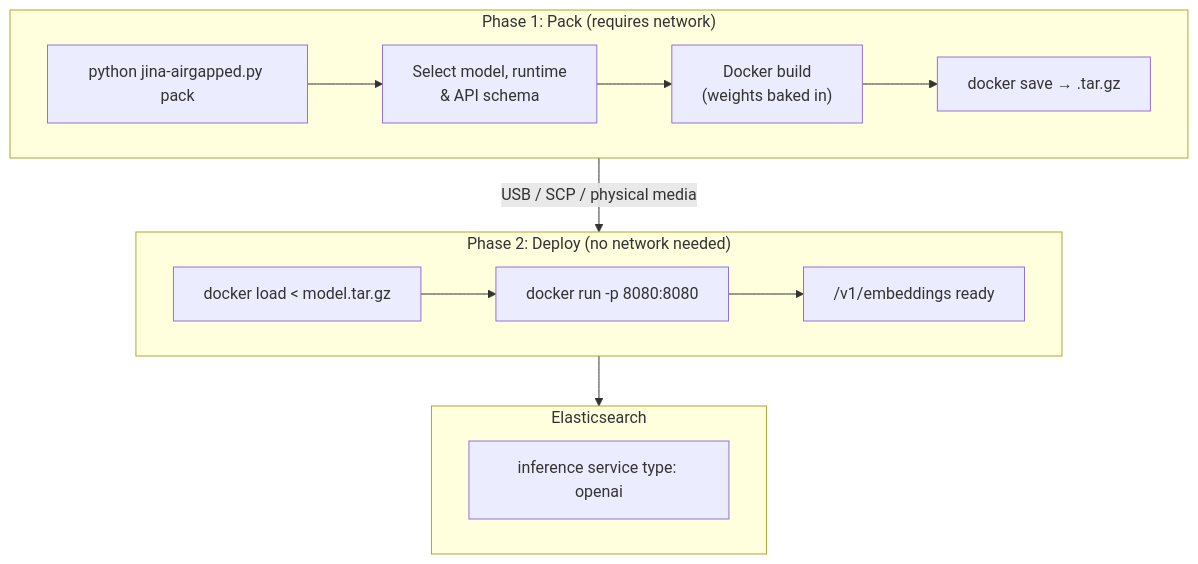
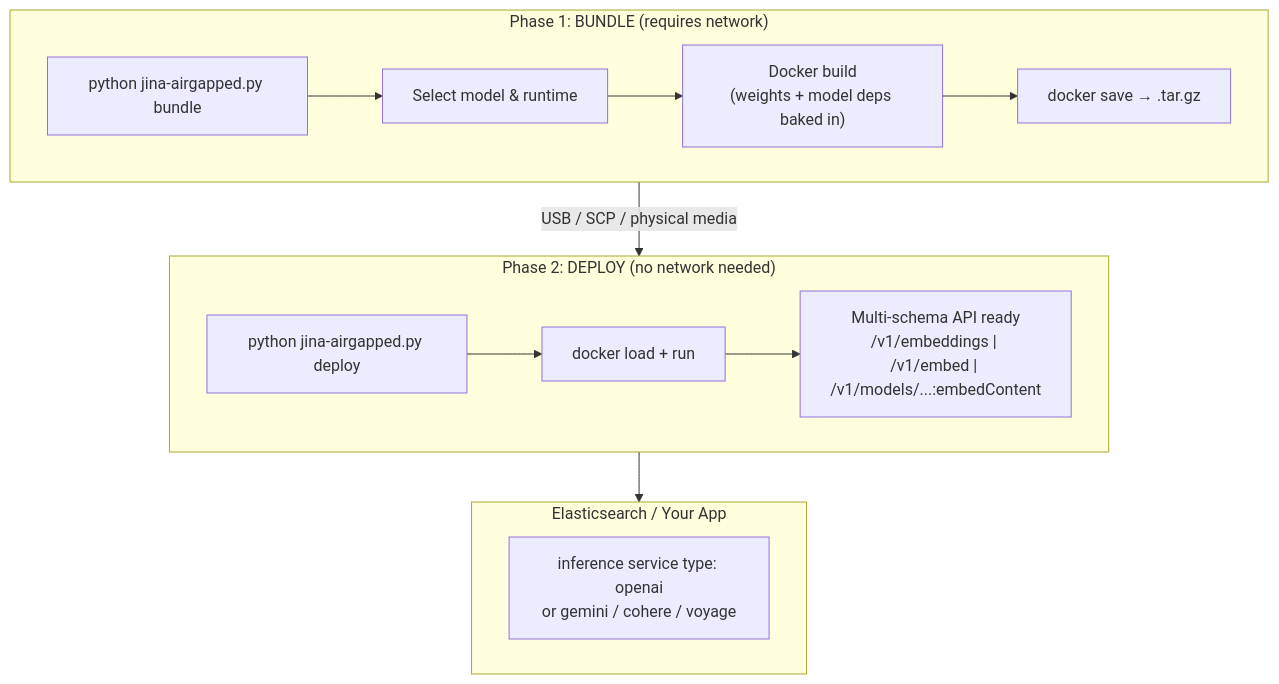
The diagram in README.md (jina-ai/jina-on-prem), drawn with Mermaid before and after one commit. The commit also changed other lines of this file and 4 other files, not shown here.

First line of the commit message:
major: 28-model catalog, multi-schema API, bundle/deploy commands, per-model deps

````diff
--- a/README.md
+++ b/README.md
@@ -5,21 +5,21 @@
 ```mermaid
 flowchart TB
-    subgraph Connected["Phase 1: Pack (requires network)"]
-        A["python jina-airgapped.py pack"] --> B["Select model, runtime\n& API schema"]
-        B --> C["Docker build\n(weights baked in)"]
+    subgraph Phase1["Phase 1: BUNDLE (requires network)"]
+        A["python jina-airgapped.py bundle"] --> B["Select model & runtime"]
+        B --> C["Docker build\n(weights + model deps baked in)"]
         C --> D["docker save → .tar.gz"]
     end
 
-    Connected -->|"USB / SCP / physical media"| AirGapped
+    Phase1 -->|"USB / SCP / physical media"| Phase2
 
-    subgraph AirGapped["Phase 2: Deploy (no network needed)"]
-        E["docker load < model.tar.gz"] --> F["docker run -p 8080:8080"]
-        F --> G["/v1/embeddings ready"]
+    subgraph Phase2["Phase 2: DEPLOY (no network needed)"]
+        E["python jina-airgapped.py deploy"] --> F["docker load + run"]
+        F --> G["Multi-schema API ready\n/v1/embeddings | /v1/embed | /v1/models/...:embedContent"]
     end
 
-    AirGapped --> ES
+    Phase2 --> ES
 
-    subgraph ES["Elasticsearch"]
-        H["inference service type: openai"]
+    subgraph ES["Elasticsearch / Your App"]
+        H["inference service type: openai\nor gemini / cohere / voyage"]
     end
 ```
````
